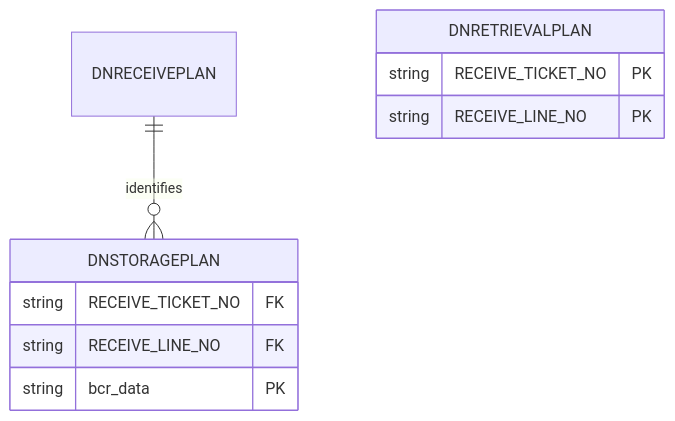
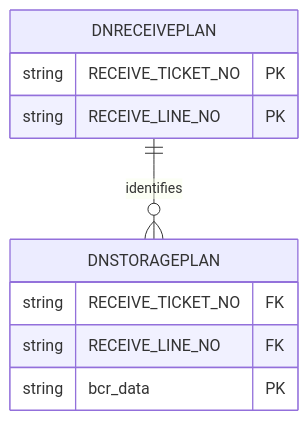
Before and after one commit to luthfiadityaa/SimeDarby-Wiki: the second of 2 diagrams in Basic-Design/DFD-WMS/Storage/[SCREEN]-Planned-Storage-Packaging-Material.md, drawn with Mermaid.

Commit message:
Updated [SCREEN] Planned Storage Packaging Material

```diff
--- a/Basic-Design/DFD-WMS/Storage/[SCREEN]-Planned-Storage-Packaging-Material.md
+++ b/Basic-Design/DFD-WMS/Storage/[SCREEN]-Planned-Storage-Packaging-Material.md
@@ -73,17 +73,17 @@
 ::: mermaid
 erDiagram
     DNRECEIVEPLAN ||--o{ DNSTORAGEPLAN : "identifies"
 
-    DNRETRIEVALPLAN {
+    DNRECEIVEPLAN {
         string RECEIVE_TICKET_NO PK
         string RECEIVE_LINE_NO PK
     }
 
     DNSTORAGEPLAN {
         string RECEIVE_TICKET_NO FK
         string RECEIVE_LINE_NO FK
         string bcr_data PK
     }
 
 	
 :::
```
